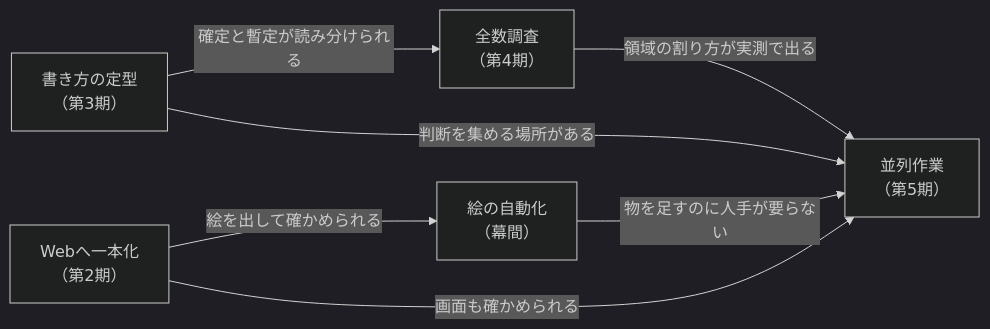
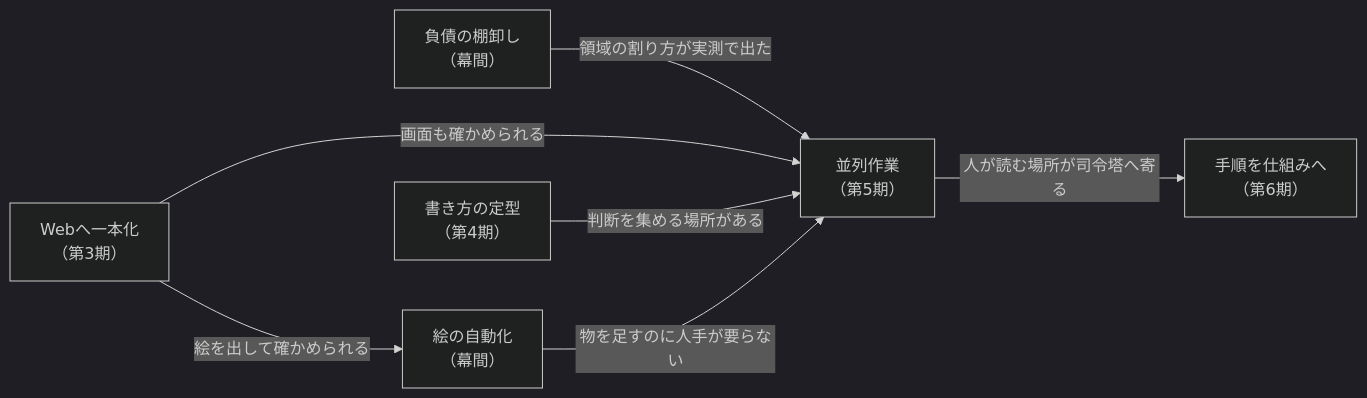
The second of 2 diagrams in docs/HowWeGotHere.md (gooyyu1/UnmappedIsland), drawn with Mermaid (dark theme) before and after one commit. The commit also changed other lines of this file and 9 other files, not shown here.

````diff
--- a/docs/HowWeGotHere.md
+++ b/docs/HowWeGotHere.md
@@ -171,9 +303,9 @@
 ```mermaid
 flowchart LR
-    A["Webへ一本化<br/>（第2期）"] -->|"絵を出して確かめられる"| E["絵の自動化<br/>（幕間）"]
-    B["書き方の定型<br/>（第3期）"] -->|"確定と暫定が読み分けられる"| C["全数調査<br/>（第4期）"]
-    C -->|"領域の割り方が実測で出る"| D["並列作業<br/>（第5期）"]
+    A["Webへ一本化<br/>（第3期）"] -->|"絵を出して確かめられる"| E["絵の自動化<br/>（幕間）"]
+    C["負債の棚卸し<br/>（幕間）"] -->|"領域の割り方が実測で出た"| D["並列作業<br/>（第5期）"]
     A -->|"画面も確かめられる"| D
-    B -->|"判断を集める場所がある"| D
+    B["書き方の定型<br/>（第4期）"] -->|"判断を集める場所がある"| D
     E -->|"物を足すのに人手が要らない"| D
+    D -->|"人が読む場所が司令塔へ寄る"| F["手順を仕組みへ<br/>（第6期）"]
 ```
````
